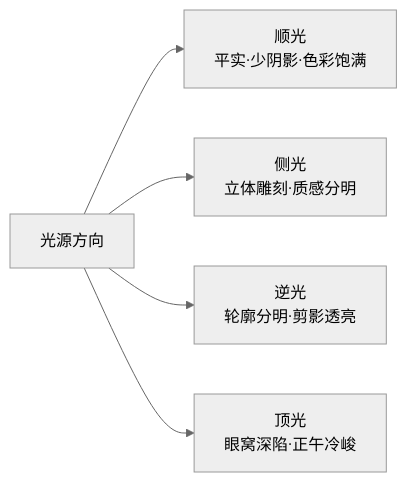
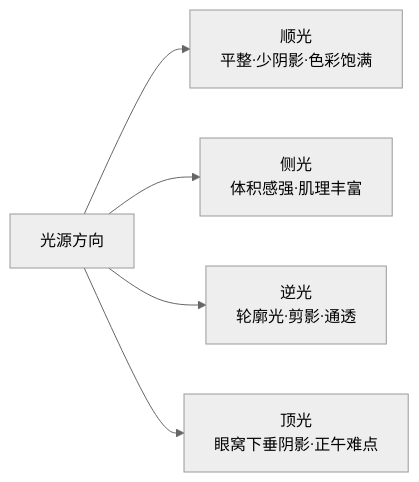
Before and after one commit to yingwang/photography-book: the first of 3 diagrams in docs/02-light.md, drawn with Mermaid (neutral theme). The commit also changed other lines of this file and 18 other files, not shown here.

````diff
--- a/docs/02-light.md
+++ b/docs/02-light.md
@@ -45,7 +43,7 @@
 ```mermaid
 graph LR
-  L["光源方向"] --> A["顺光<br/>平实·少阴影·色彩饱满"]
-  L --> B["侧光<br/>立体雕刻·质感分明"]
-  L --> C["逆光<br/>轮廓分明·剪影透亮"]
-  L --> D["顶光<br/>眼窝深陷·正午冷峻"]
+  L["光源方向"] --> A["顺光<br/>平整·少阴影·色彩饱满"]
+  L --> B["侧光<br/>体积感强·肌理丰富"]
+  L --> C["逆光<br/>轮廓光·剪影·通透"]
+  L --> D["顶光<br/>眼窝下垂阴影·正午难点"]
 ```
````
